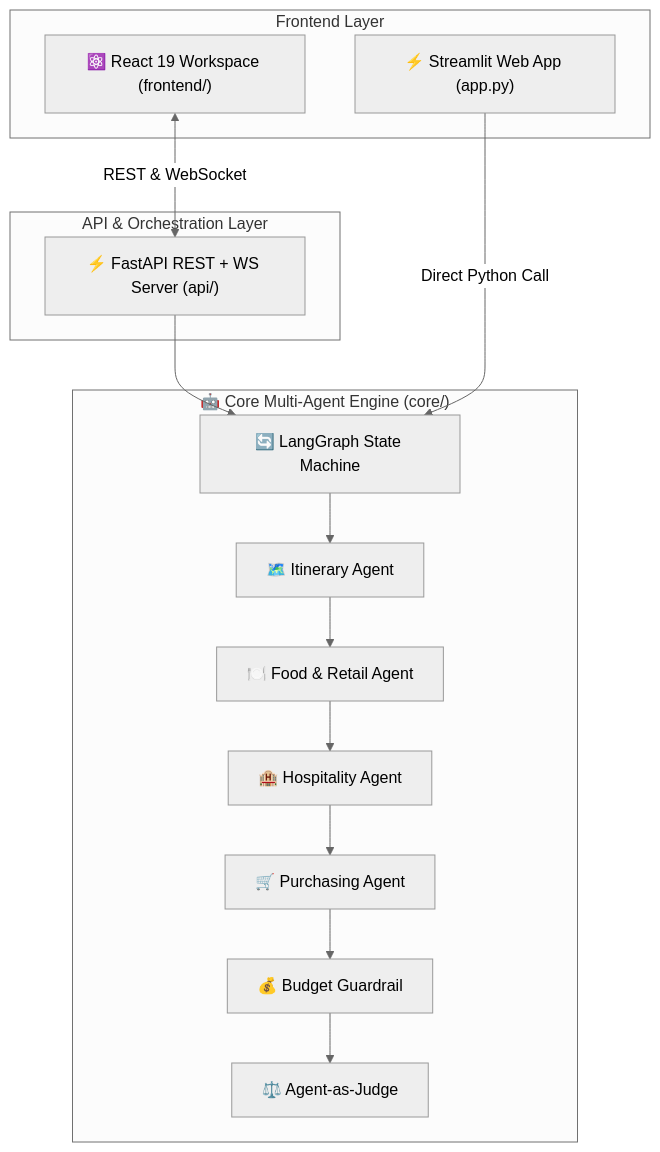
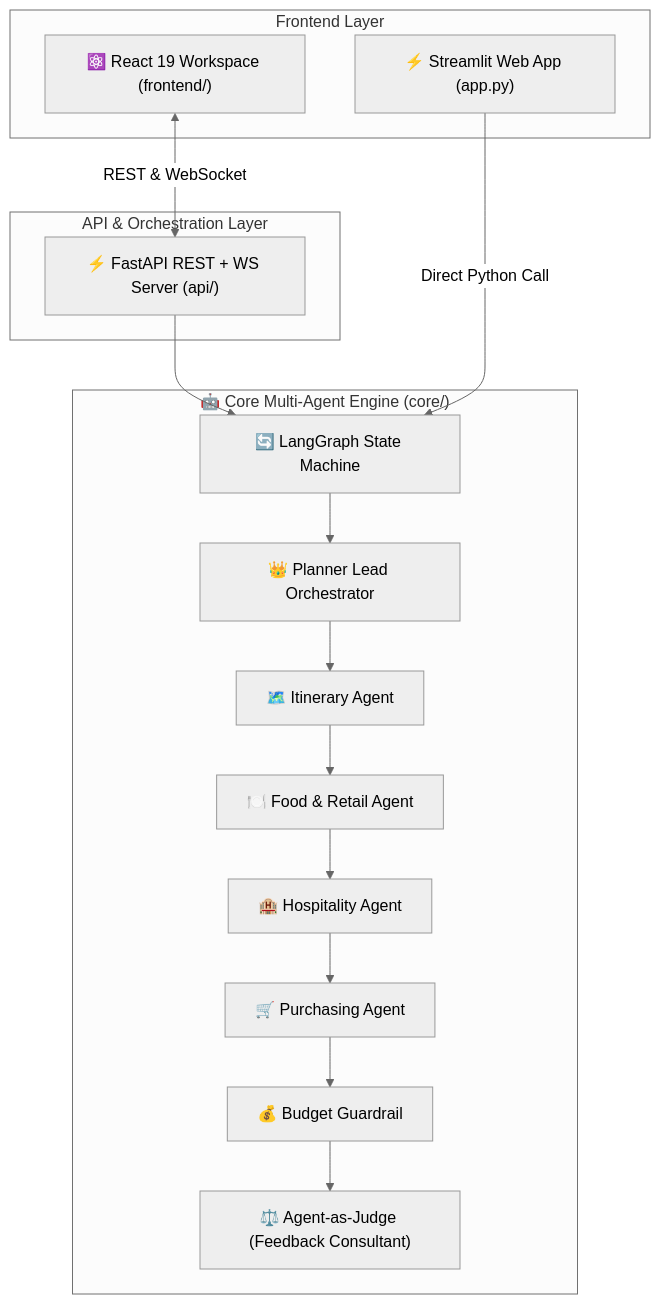
The diagram in README.md (yanchangchen/aitravelbuddy), drawn with Mermaid (neutral theme) before and after one commit. The commit also changed 3 other files, not shown here.

Commit message:
docs: update readmes and specifications to reflect Planner Lead Orchestrator design

````diff
--- a/README.md
+++ b/README.md
@@ -20,27 +20,28 @@
 ```mermaid
 graph TD
     subgraph "Frontend Layer"
         ReactApp["⚛️ React 19 Workspace (frontend/)"]
         StreamlitApp["⚡ Streamlit Web App (app.py)"]
     end
 
     subgraph "API & Orchestration Layer"
         API["⚡ FastAPI REST + WS Server (api/)"]
     end
 
     subgraph "🤖 Core Multi-Agent Engine (core/)"
         SG["🔄 LangGraph State Machine"]
+        Node0["👑 Planner Lead Orchestrator"]
         Node1["🗺️ Itinerary Agent"]
         Node2["🍽️ Food & Retail Agent"]
         Node3["🏨 Hospitality Agent"]
         Node4["🛒 Purchasing Agent"]
         Guard["💰 Budget Guardrail"]
-        Judge["⚖️ Agent-as-Judge"]
+        Judge["⚖️ Agent-as-Judge (Feedback Consultant)"]
     end
 
     ReactApp <-->|REST & WebSocket| API
     API --> SG
     StreamlitApp -->|Direct Python Call| SG
 
-    SG --> Node1 --> Node2 --> Node3 --> Node4 --> Guard --> Judge
+    SG --> Node0 --> Node1 --> Node2 --> Node3 --> Node4 --> Guard --> Judge
 ```
````
